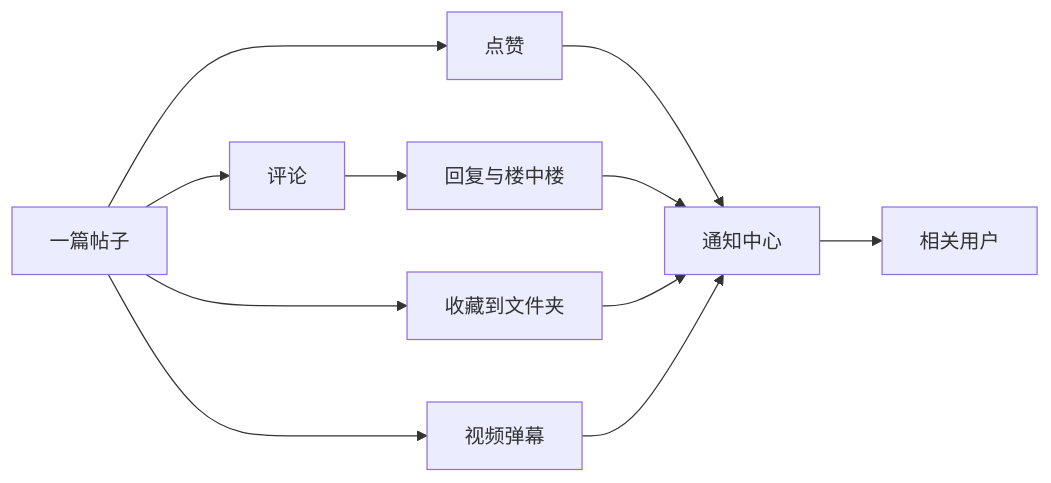
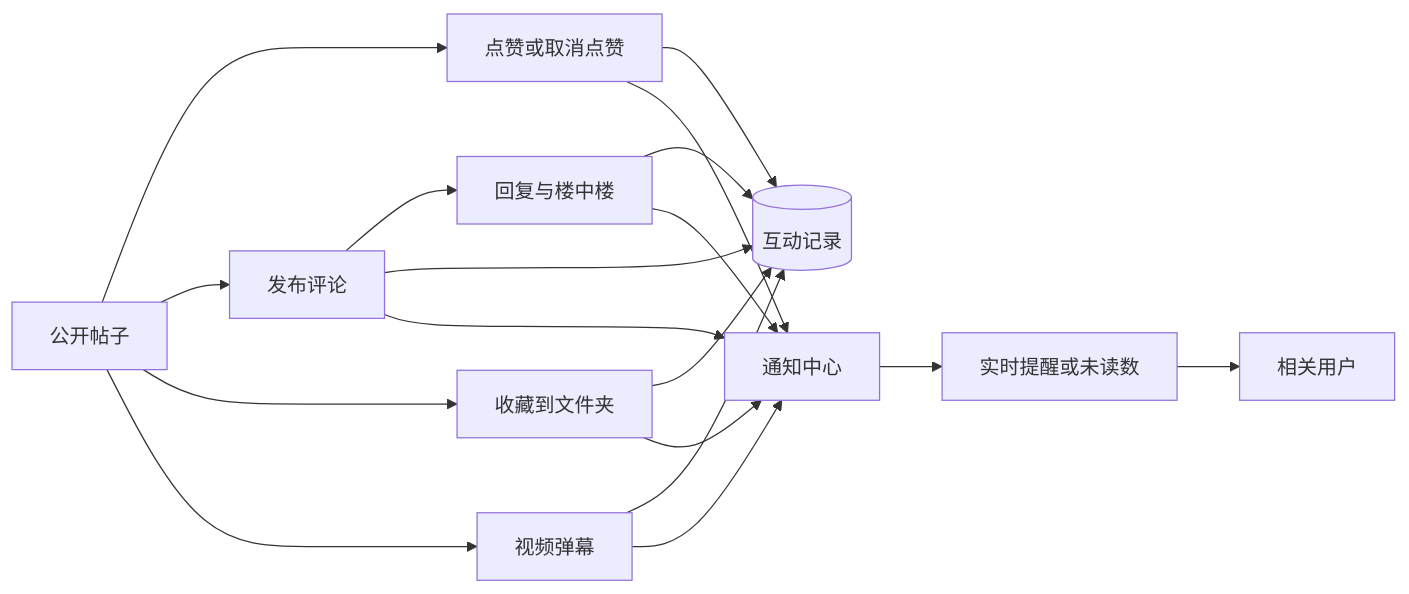
The fourth of 13 diagrams in README.md (pluchon/mengmeng_forum), drawn with Mermaid before and after one commit. The commit also changed other lines of this file, not shown here.

Commit message:
docs: 细化项目模块流程图

````diff
--- a/README.md
+++ b/README.md
@@ -84,13 +91,20 @@
 ```mermaid
 flowchart LR
-  P["一篇帖子"] --> L["点赞"]
-  P --> C["评论"]
-  C --> R["回复与楼中楼"]
+  P["公开帖子"] --> L["点赞或取消点赞"]
+  P --> C["发布评论"]
+  C --> SR["回复与楼中楼"]
   P --> F["收藏到文件夹"]
-  P --> D["视频弹幕"]
+  P --> DM["视频弹幕"]
+  L --> DB[("互动记录")]
+  C --> DB
+  SR --> DB
+  F --> DB
+  DM --> DB
   L --> N["通知中心"]
-  R --> N
+  C --> N
+  SR --> N
   F --> N
-  D --> N
-  N --> U["相关用户"]
+  DM --> N
+  N --> WS["实时提醒或未读数"]
+  WS --> U["相关用户"]
 ```
````
